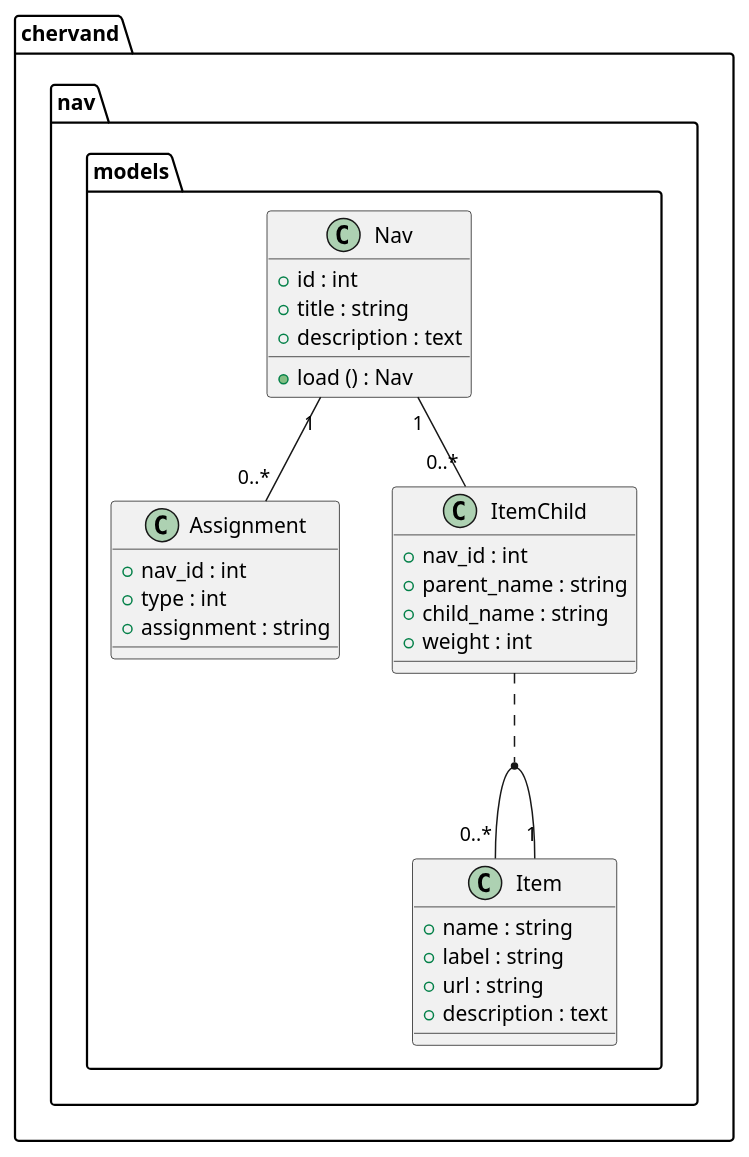
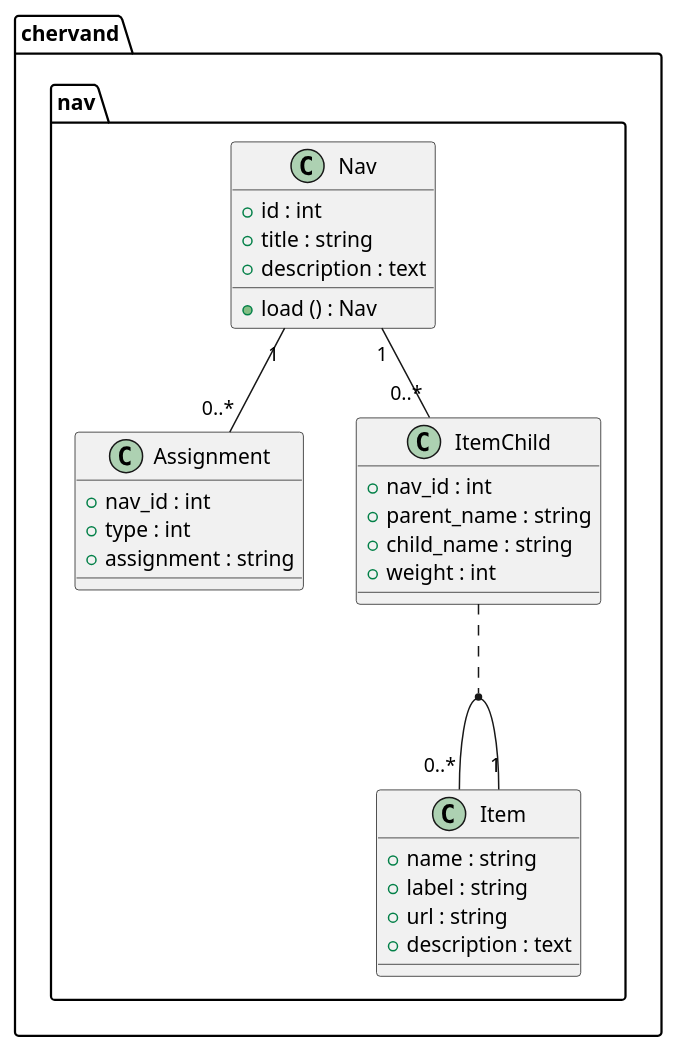
Before and after one commit to chervand/yii2-nav: the diagram in docs/diagram-class.puml, drawn with PlantUML. The commit also changed 1 other file, not shown here.

```diff
--- a/docs/diagram-class.puml
+++ b/docs/diagram-class.puml
@@ -1,39 +1,39 @@
 @startuml
 
-namespace chervand.nav.models {
+namespace chervand.nav {
 
     class Nav {
         + id : int
         + title : string
         + description : text
         + load () : Nav
     }
 
     class Assignment {
         + nav_id : int
         + type : int
         + assignment : string
     }
 
     class Item {
         + name : string
         + label : string
         + url : string
         + description : text
     }
 
     class ItemChild {
         + nav_id : int
         + parent_name : string
         + child_name : string
         + weight : int
     }
 
     Nav  "1" -- "0..*" Assignment
     Nav  "1" -- "0..*" ItemChild
     Item  "1" -- "0..*"  Item
     ItemChild .. (Item, Item)
 
 }
 
 @enduml
```
